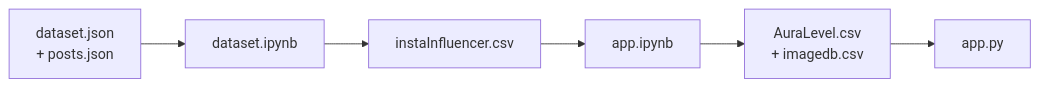
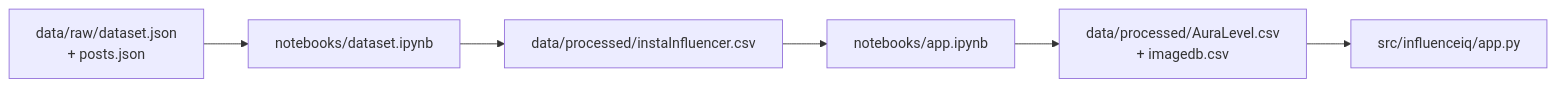
One commit to Darsh-Bothra/InfluenceIQ changed the second of 3 diagrams in docs/InfluenceIQ_docs.md. Above: the diagram before and after it, drawn with Mermaid. The commit also changed other lines of this file, not shown here.

````diff
--- a/docs/InfluenceIQ_docs.md
+++ b/docs/InfluenceIQ_docs.md
@@ -58,8 +60,8 @@
 ```mermaid
 flowchart LR
-    A["dataset.json\n+ posts.json"] --> B["dataset.ipynb"]
-    B --> C["instaInfluencer.csv"]
-    C --> D["app.ipynb"]
-    D --> E["AuraLevel.csv\n+ imagedb.csv"]
-    E --> F["app.py"]
+    A["data/raw/dataset.json\n+ posts.json"] --> B["notebooks/dataset.ipynb"]
+    B --> C["data/processed/instaInfluencer.csv"]
+    C --> D["notebooks/app.ipynb"]
+    D --> E["data/processed/AuraLevel.csv\n+ imagedb.csv"]
+    E --> F["src/influenceiq/app.py"]
 ```
````
